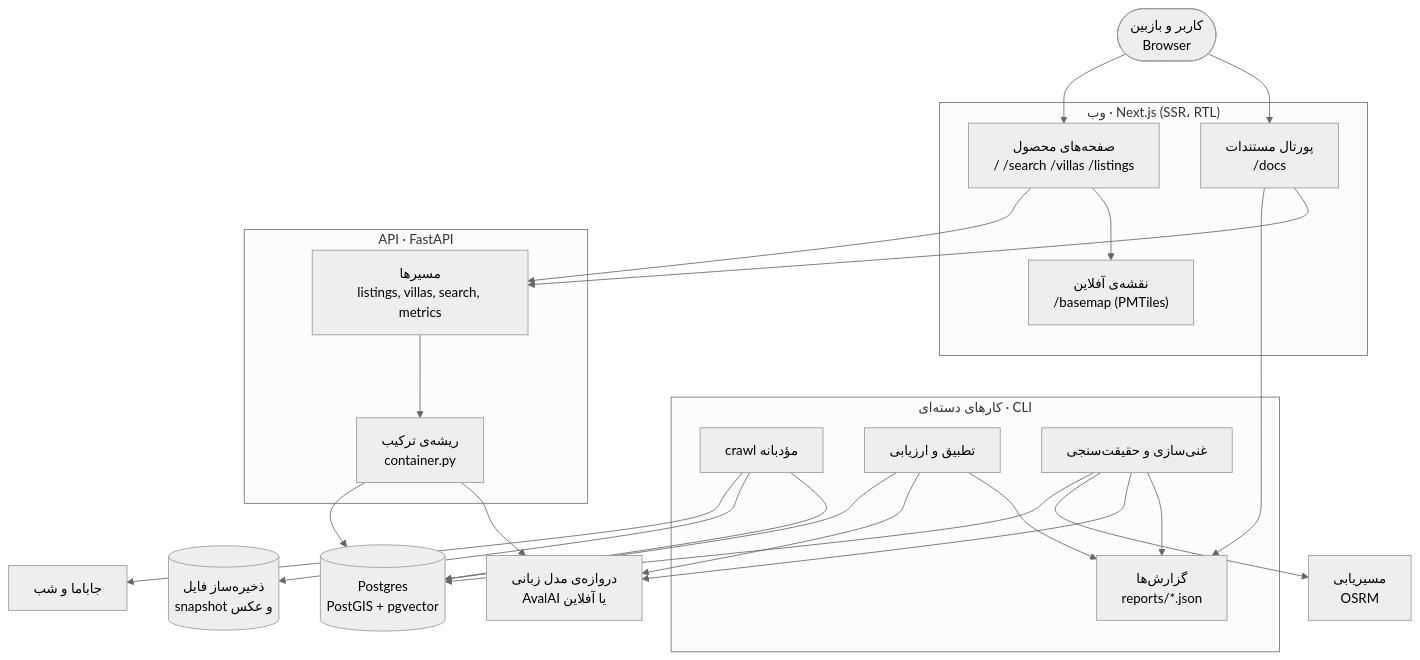
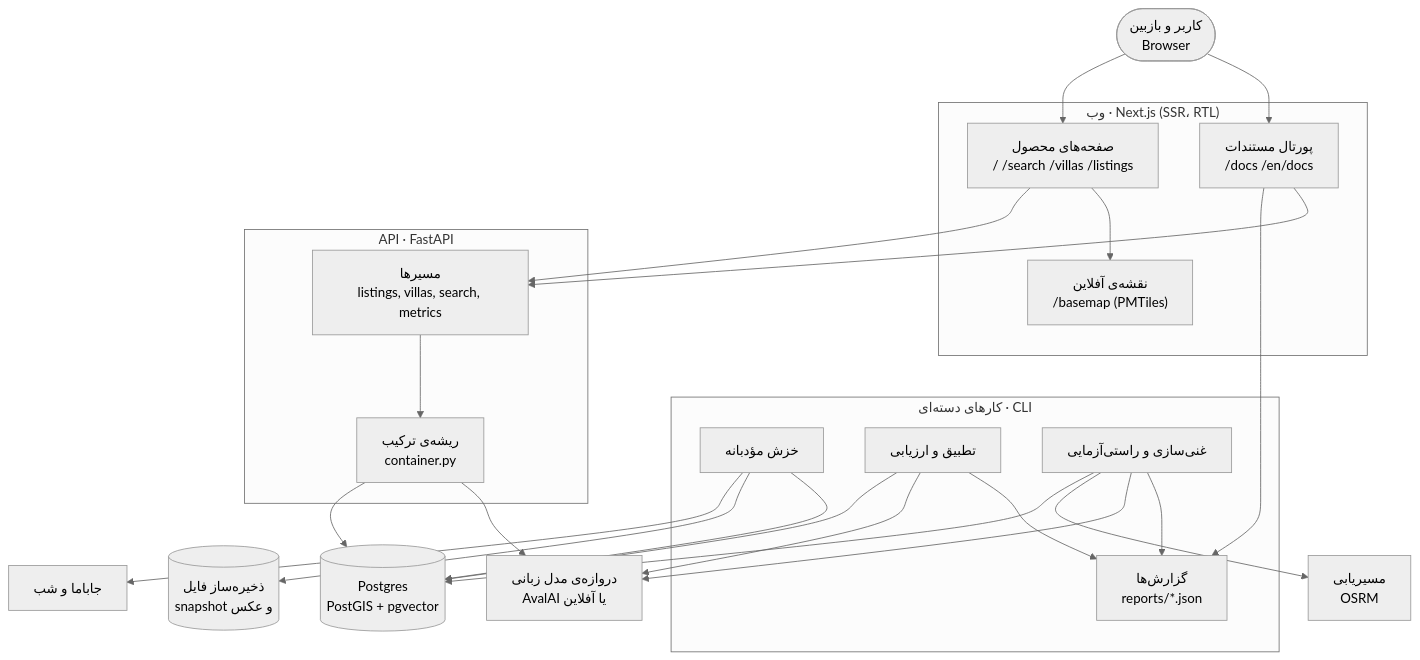
Before and after one commit to peyman886/villasanj: the diagram in frontend/diagrams/system-architecture.mmd, drawn with Mermaid (neutral theme). The commit also changed 180 other files, not shown here.

```diff
--- a/frontend/diagrams/system-architecture.mmd
+++ b/frontend/diagrams/system-architecture.mmd
@@ -1,42 +1,42 @@
 flowchart TB
   accTitle: معماری کل سامانه‌ی ویلاسنج
   accDescr: مرورگر به وب Next.js وصل است که از API و گزارش‌ها می‌خواند؛ API و کارهای دسته‌ای از Postgres، ذخیره‌ساز فایل، دروازه‌ی مدل زبانی و OSRM استفاده می‌کنند.
   user(["کاربر و بازبین<br/>Browser"]):::human
   subgraph web ["وب · Next.js (SSR، RTL)"]
     pages["صفحه‌های محصول<br/>/ /search /villas /listings"]
-    docs["پورتال مستندات<br/>/docs"]
+    docs["پورتال مستندات<br/>/docs /en/docs"]
     tiles["نقشه‌ی آفلاین<br/>/basemap (PMTiles)"]
   end
   subgraph api ["API · FastAPI"]
     routes["مسیرها<br/>listings, villas, search, metrics"]
     root["ریشه‌ی ترکیب<br/>container.py"]
   end
   subgraph batch ["کارهای دسته‌ای · CLI"]
-    crawl["crawl مؤدبانه"]
+    crawl["خزش مؤدبانه"]
     match["تطبیق و ارزیابی"]
-    enrich["غنی‌سازی و حقیقت‌سنجی"]
+    enrich["غنی‌سازی و راستی‌آزمایی"]
     reports["گزارش‌ها<br/>reports/*.json"]
   end
   pg[("Postgres<br/>PostGIS + pgvector")]:::store
   blobs[("ذخیره‌ساز فایل<br/>snapshot و عکس")]:::store
   llm["دروازه‌ی مدل زبانی<br/>AvalAI یا آفلاین"]:::llm
   osrm["مسیریابی<br/>OSRM"]:::ext
   platforms["جاباما و شب"]:::ext
   user --> pages & docs
   pages --> routes
   pages --> tiles
   docs --> reports
   docs --> routes
   routes --> root
   root --> pg
   root --> llm
   crawl --> platforms
   crawl --> blobs
   crawl --> pg
   match --> pg
   match --> llm
   enrich --> pg
   enrich --> osrm
   enrich --> llm
   match --> reports
   enrich --> reports
```
